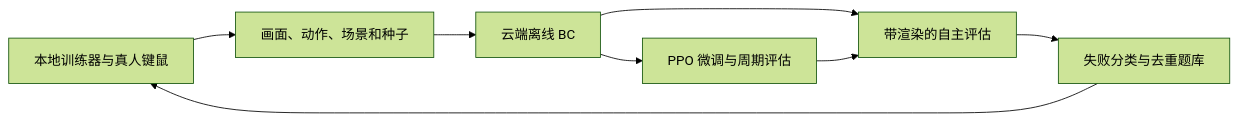
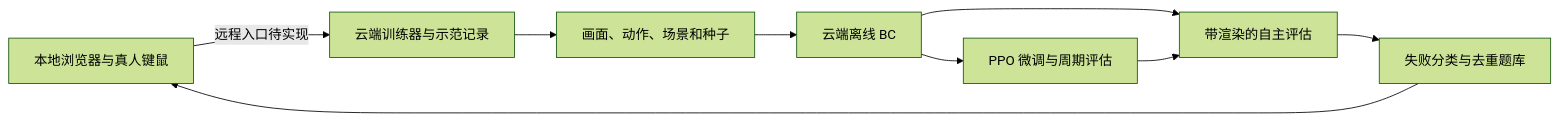
The diagram in docs/stage1-guide.md (wly-lizhong/valorant-agent-lab), drawn with Mermaid (forest theme) before and after one commit. The commit also changed other lines of this file and 8 other files, not shown here.

````diff
--- a/docs/stage1-guide.md
+++ b/docs/stage1-guide.md
@@ -22,10 +22,11 @@
 ```mermaid
 flowchart LR
-    A[本地训练器与真人键鼠] --> B[画面、动作、场景和种子]
+    A[本地浏览器与真人键鼠] -->|远程入口待实现| G[云端训练器与示范记录]
+    G --> B[画面、动作、场景和种子]
     B --> C[云端离线 BC]
     C --> D[带渲染的自主评估]
     D --> E[失败分类与去重题库]
     E --> A
     C --> F[PPO 微调与周期评估]
     F --> D
 ```
````
